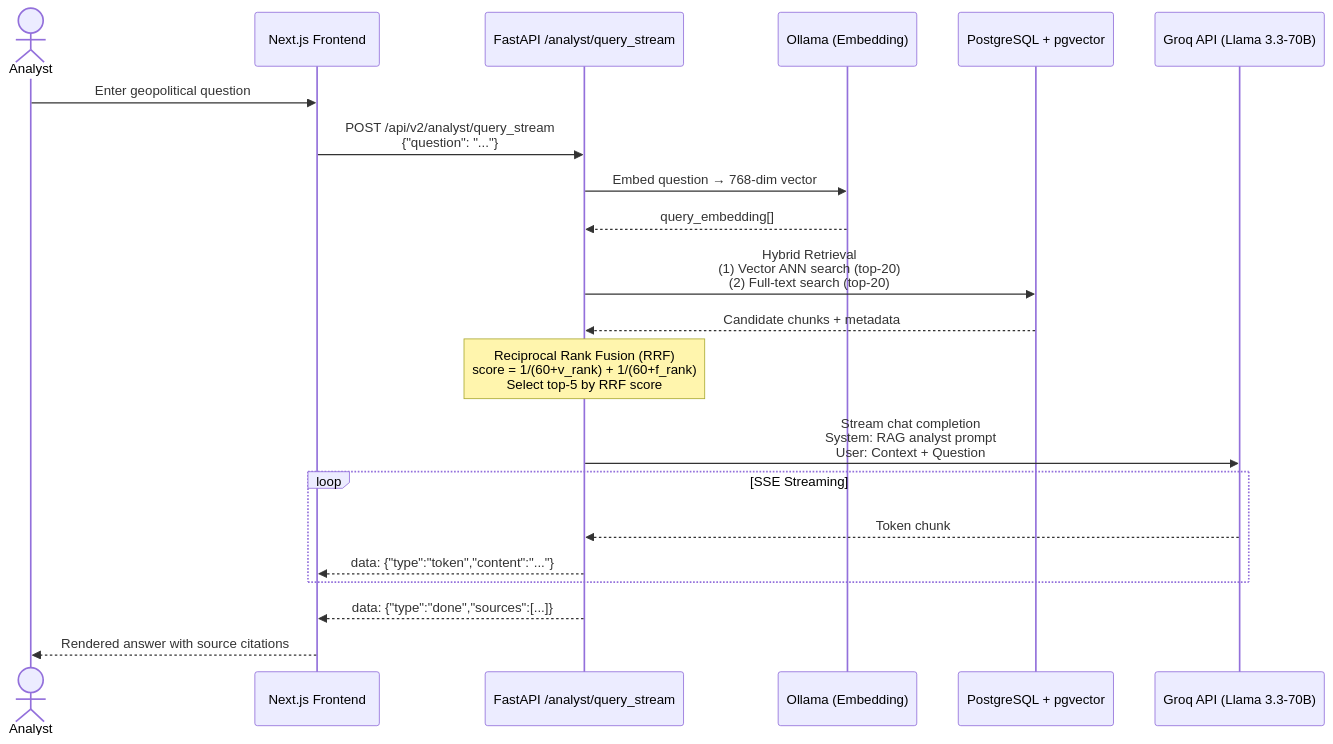
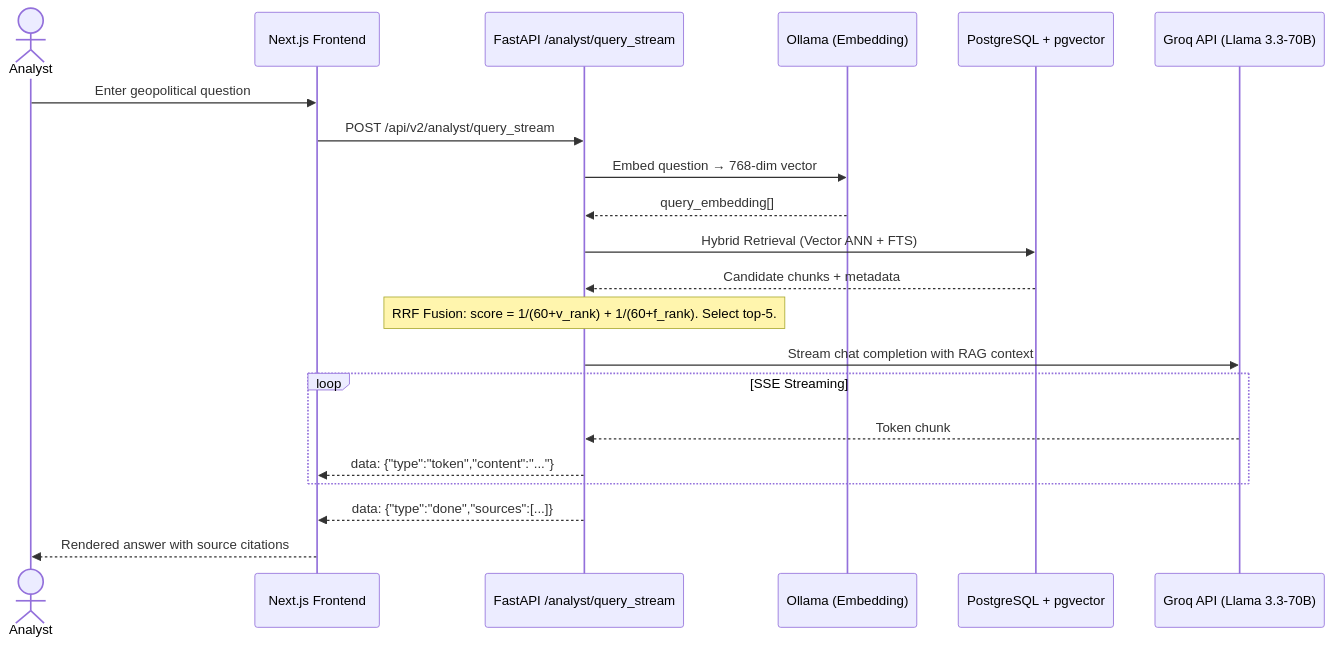
One commit to krishmaniyar/Strategic-News-Analyzer changed the fourth of 5 diagrams in README.md. Above: the diagram before and after it, drawn with Mermaid. The commit also changed other lines of this file, not shown here.

Commit message:
docs: fix README formatting - remove CDATA wrapper, fix Mermaid br tags and escaped ampersands

````diff
--- a/README.md
+++ b/README.md
@@ -262,30 +262,30 @@
 ```mermaid
 sequenceDiagram
     actor User as Analyst
     participant FE as Next.js Frontend
     participant API as FastAPI /analyst/query_stream
     participant Ollama as Ollama (Embedding)
     participant PG as PostgreSQL + pgvector
     participant Groq as Groq API (Llama 3.3-70B)
 
     User->>FE: Enter geopolitical question
-    FE->>API: POST /api/v2/analyst/query_stream<br/>{"question": "..."}
+    FE->>API: POST /api/v2/analyst/query_stream
 
     API->>Ollama: Embed question → 768-dim vector
     Ollama-->>API: query_embedding[]
 
-    API->>PG: Hybrid Retrieval<br/>(1) Vector ANN search (top-20)<br/>(2) Full-text search (top-20)
+    API->>PG: Hybrid Retrieval (Vector ANN + FTS)
     PG-->>API: Candidate chunks + metadata
 
-    Note over API: Reciprocal Rank Fusion (RRF)<br/>score = 1/(60+v_rank) + 1/(60+f_rank)<br/>Select top-5 by RRF score
+    Note over API: RRF Fusion: score = 1/(60+v_rank) + 1/(60+f_rank). Select top-5.
 
-    API->>Groq: Stream chat completion<br/>System: RAG analyst prompt<br/>User: Context + Question
+    API->>Groq: Stream chat completion with RAG context
     
     loop SSE Streaming
         Groq-->>API: Token chunk
         API-->>FE: data: {"type":"token","content":"..."}
     end
     
     API-->>FE: data: {"type":"done","sources":[...]}
     FE-->>User: Rendered answer with source citations
 ```
````
